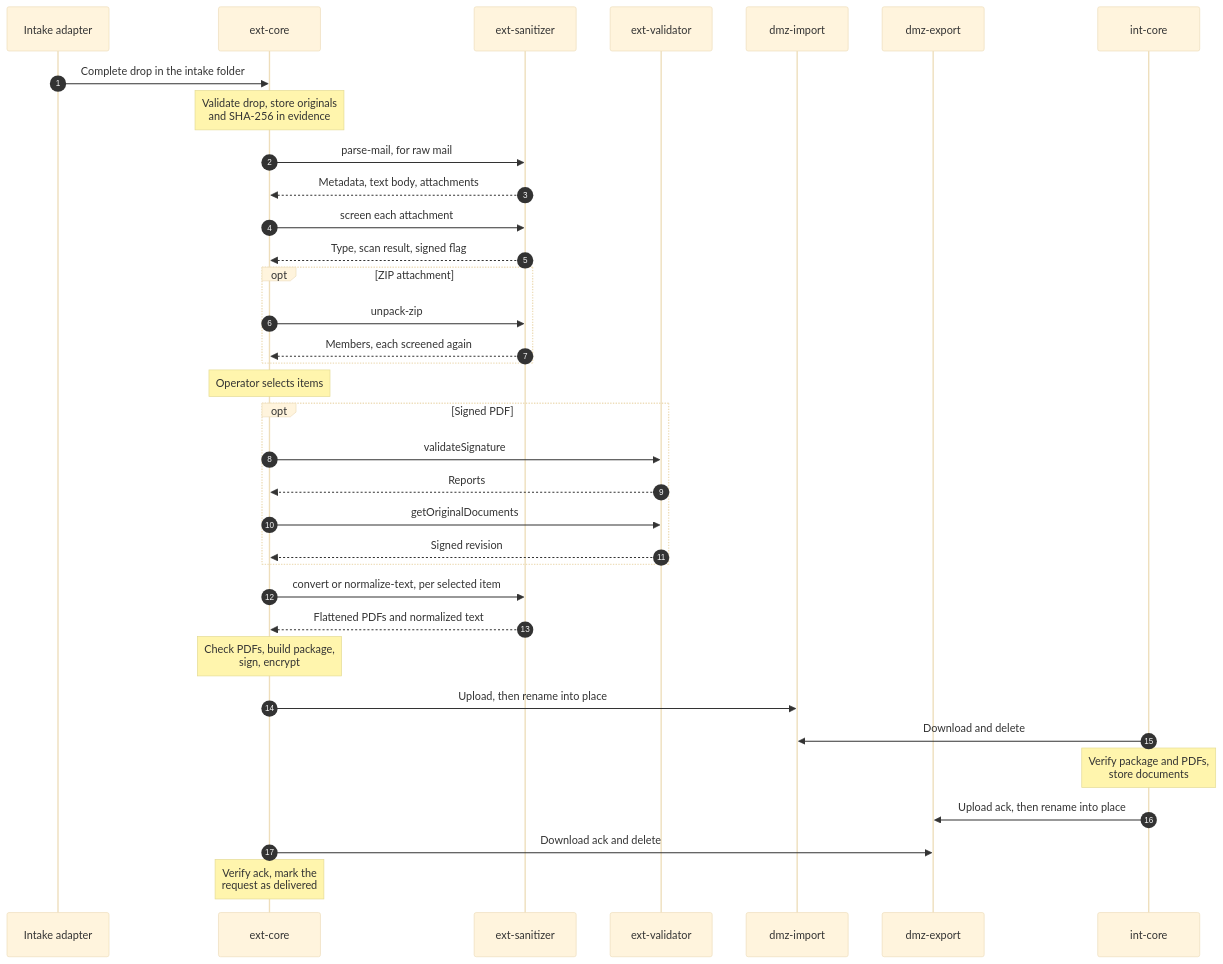
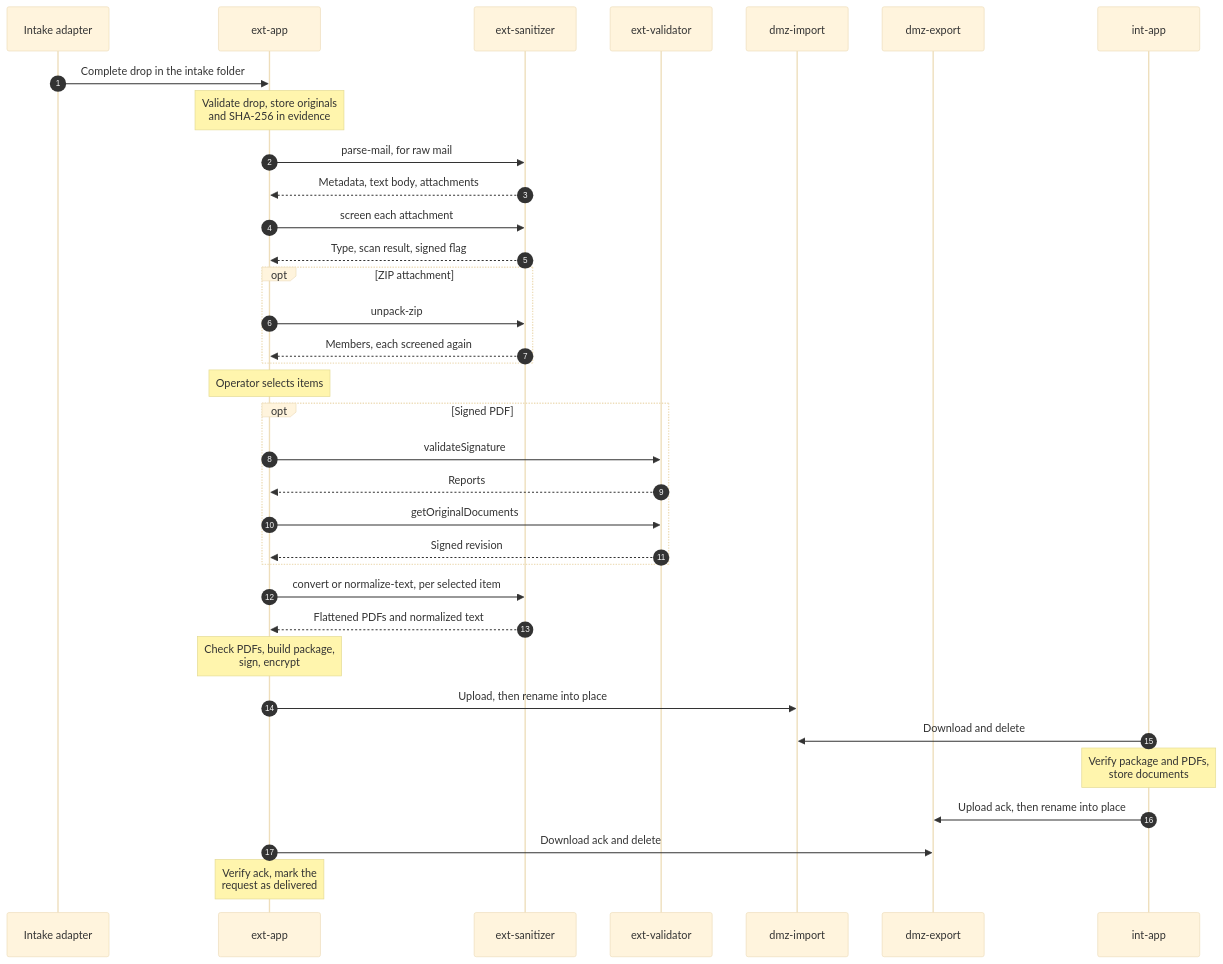
Before and after one commit to tgivslife/dxg-document-gateway: the third of 9 diagrams in document-exchange-mvp-technical-documentation.md, drawn with Mermaid (base theme). The commit also changed other lines of this file and 2 other files, not shown here.

````diff
--- a/document-exchange-mvp-technical-documentation.md
+++ b/document-exchange-mvp-technical-documentation.md
@@ -186,41 +186,41 @@
 ```mermaid
 sequenceDiagram
-    accDescr: Sequence of the import flow from the intake adapter to int-core
+    accDescr: Sequence of the import flow from the intake adapter to int-app
     %% Each arrow points from the side that opens the connection.
     %% Dashed arrows are replies on the same connection.
     autonumber
     participant A as Intake adapter
-    participant EC as ext-core
+    participant EC as ext-app
     participant ES as ext-sanitizer
     participant EV as ext-validator
     participant DI as dmz-import
     participant DE as dmz-export
-    participant IC as int-core
+    participant IC as int-app
 
     A->>EC: Complete drop in the intake folder
     Note over EC: Validate drop, store originals<br/>and SHA-256 in evidence
     EC->>ES: parse-mail, for raw mail
     ES-->>EC: Metadata, text body, attachments
     EC->>ES: screen each attachment
     ES-->>EC: Type, scan result, signed flag
     opt ZIP attachment
         EC->>ES: unpack-zip
         ES-->>EC: Members, each screened again
     end
     Note over EC: Operator selects items
     opt Signed PDF
         EC->>EV: validateSignature
         EV-->>EC: Reports
         EC->>EV: getOriginalDocuments
         EV-->>EC: Signed revision
     end
     EC->>ES: convert or normalize-text, per selected item
     ES-->>EC: Flattened PDFs and normalized text
     Note over EC: Check PDFs, build package,<br/>sign, encrypt
     EC->>DI: Upload, then rename into place
     IC->>DI: Download and delete
     Note over IC: Verify package and PDFs,<br/>store documents
     IC->>DE: Upload ack, then rename into place
     EC->>DE: Download ack and delete
     Note over EC: Verify ack, mark the<br/>request as delivered
 ```
````
